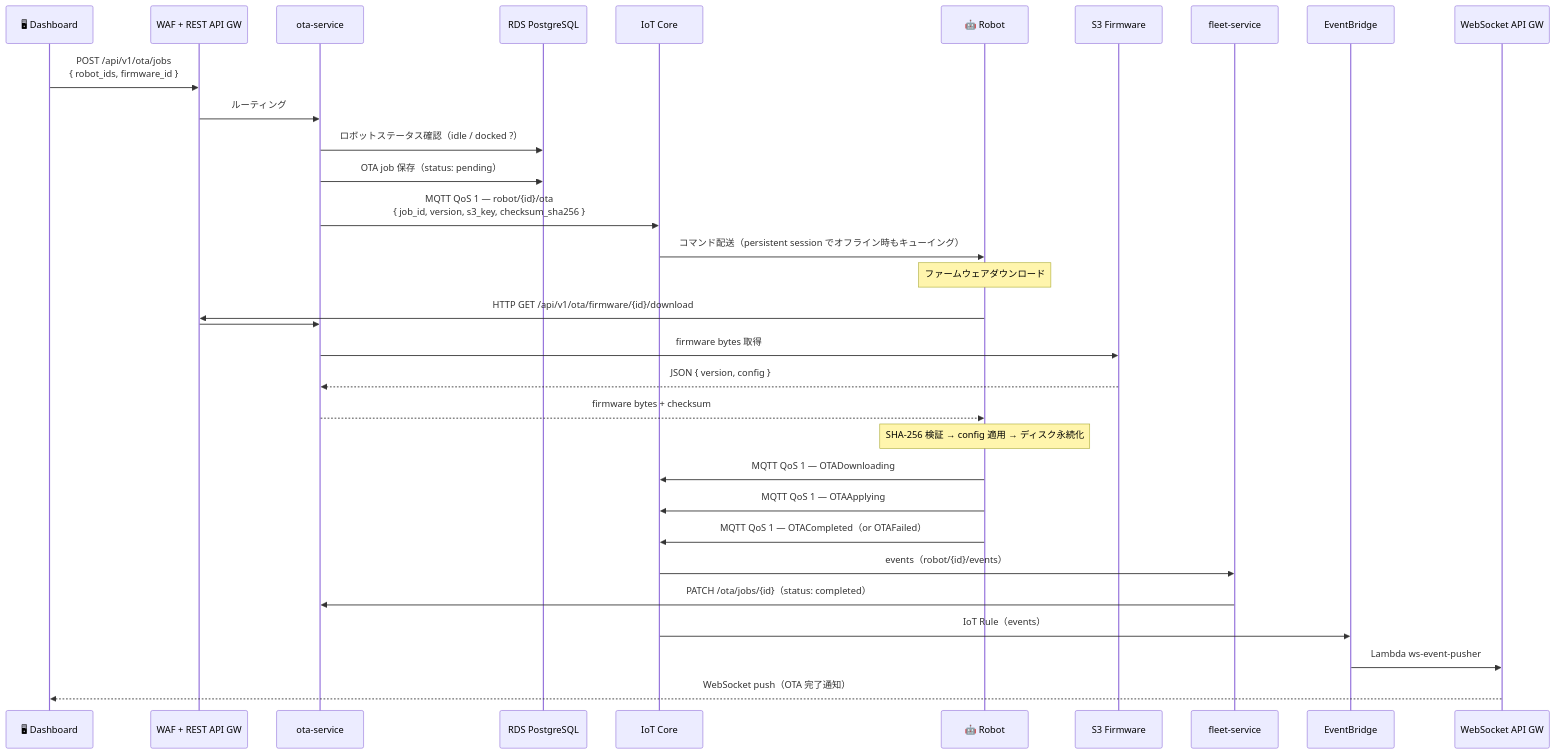
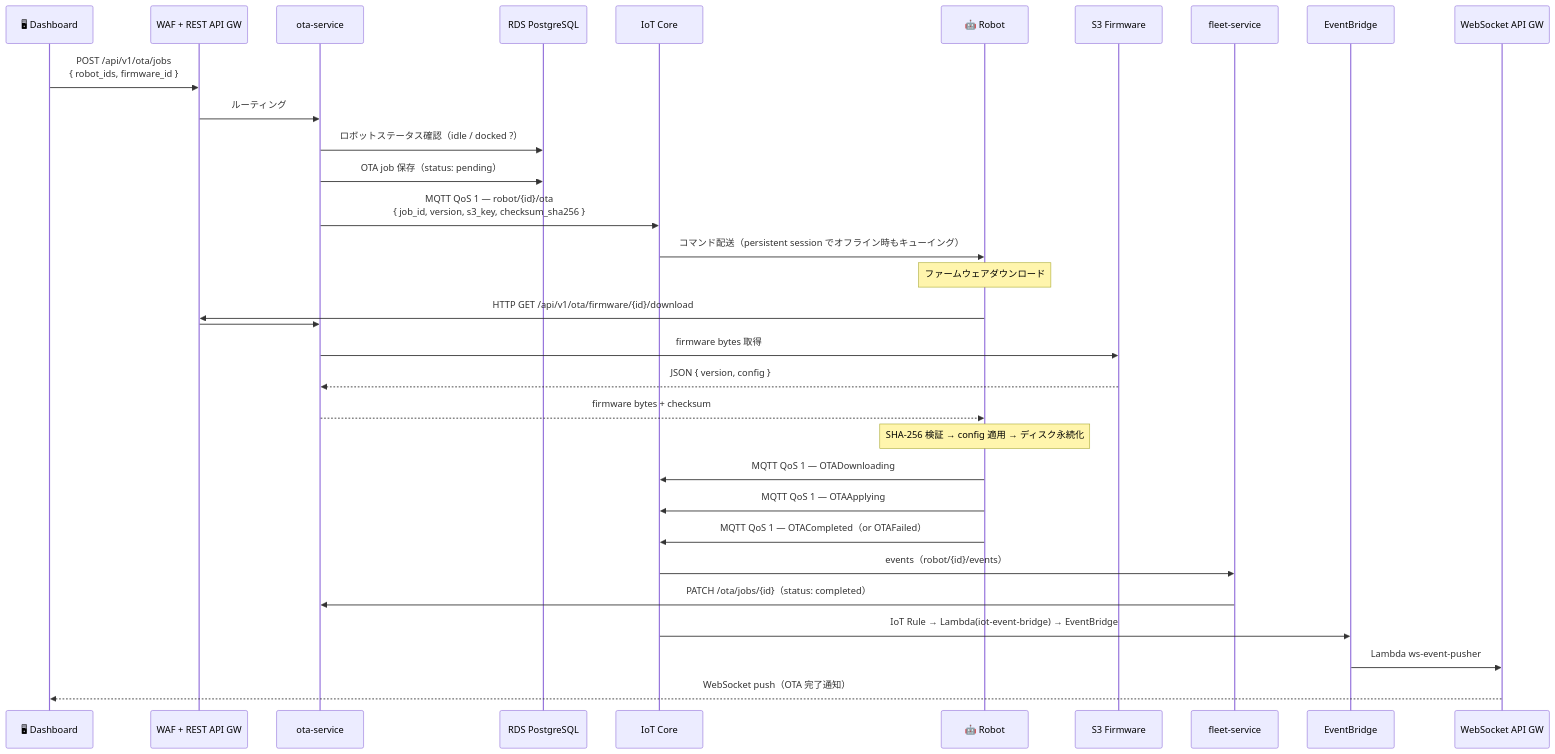
One commit to kojikokojiko/autonomous_cleaning_robot_fleet_platform changed the third of 4 diagrams in docs/robotops-article.md. Above: the diagram before and after it, drawn with Mermaid. The commit also changed other lines of this file and 3 other files, not shown here.

First line of the commit message:
Update docs and AWS architecture diagram to reflect current config

````diff
--- a/docs/robotops-article.md
+++ b/docs/robotops-article.md
@@ -445,39 +456,39 @@
 ```mermaid
 sequenceDiagram
     participant DASH as 🖥 Dashboard
     participant GW   as WAF + REST API GW
     participant OTA  as ota-service
     participant DB   as RDS PostgreSQL
     participant IOT  as IoT Core
     participant R    as 🤖 Robot
     participant S3   as S3 Firmware
     participant FS   as fleet-service
     participant EVB  as EventBridge
     participant WS   as WebSocket API GW
 
     DASH->>GW: POST /api/v1/ota/jobs<br>{ robot_ids, firmware_id }
     GW->>OTA: ルーティング
     OTA->>DB: ロボットステータス確認（idle / docked ?）
     OTA->>DB: OTA job 保存（status: pending）
     OTA->>IOT: MQTT QoS 1 — robot/{id}/ota<br>{ job_id, version, s3_key, checksum_sha256 }
     IOT->>R: コマンド配送（persistent session でオフライン時もキューイング）
 
     note over R: ファームウェアダウンロード
     R->>GW: HTTP GET /api/v1/ota/firmware/{id}/download
     GW->>OTA:
     OTA->>S3: firmware bytes 取得
     S3-->>OTA: JSON { version, config }
     OTA-->>R: firmware bytes + checksum
 
     note over R: SHA-256 検証 → config 適用 → ディスク永続化
     R->>IOT: MQTT QoS 1 — OTADownloading
     R->>IOT: MQTT QoS 1 — OTAApplying
     R->>IOT: MQTT QoS 1 — OTACompleted（or OTAFailed）
 
     IOT->>FS: events（robot/{id}/events）
     FS->>OTA: PATCH /ota/jobs/{id}（status: completed）
 
-    IOT->>EVB: IoT Rule（events）
+    IOT->>EVB: IoT Rule → Lambda(iot-event-bridge) → EventBridge
     EVB->>WS: Lambda ws-event-pusher
     WS-->>DASH: WebSocket push（OTA 完了通知）
 ```
````
